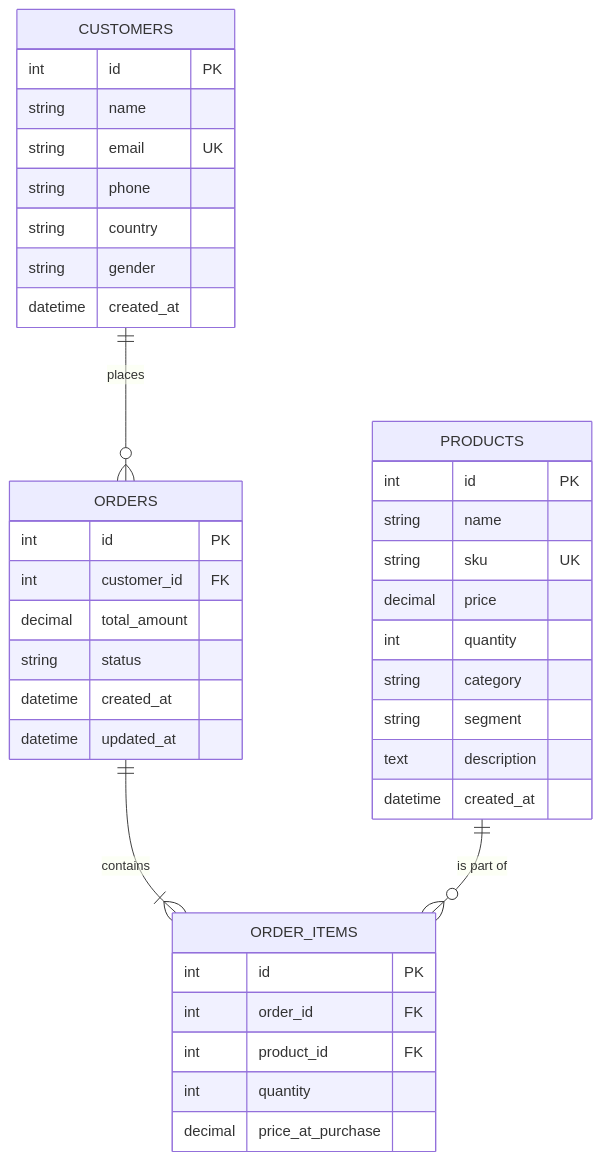
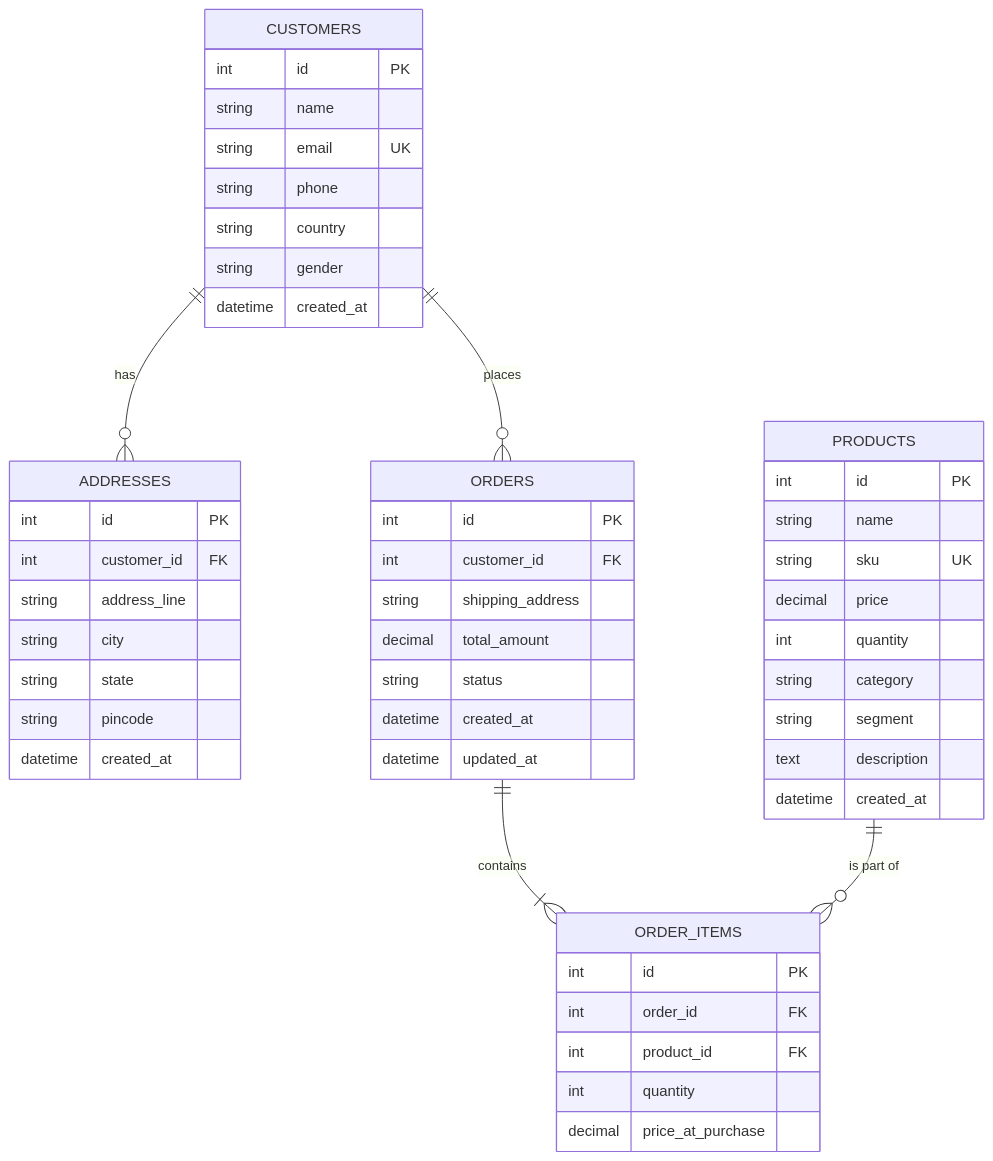
One commit to tonystalker/inventory_management changed the second of 2 diagrams in README.md. Above: the diagram before and after it, drawn with Mermaid. The commit also changed other lines of this file and 18 other files, not shown here.

Commit message:
feat: addresses and checkout flow, docs update, clean comments

````diff
--- a/README.md
+++ b/README.md
@@ -47,45 +47,57 @@
 ```mermaid
 erDiagram
     CUSTOMERS {
         int id PK
         string name
         string email UK
         string phone
         string country
         string gender
+        datetime created_at
+    }
+
+    ADDRESSES {
+        int id PK
+        int customer_id FK
+        string address_line
+        string city
+        string state
+        string pincode
         datetime created_at
     }
 
     PRODUCTS {
         int id PK
         string name
         string sku UK
         decimal price
         int quantity
         string category
         string segment
         text description
         datetime created_at
     }
 
     ORDERS {
         int id PK
         int customer_id FK
+        string shipping_address
         decimal total_amount
         string status
         datetime created_at
         datetime updated_at
     }
 
     ORDER_ITEMS {
         int id PK
         int order_id FK
         int product_id FK
         int quantity
         decimal price_at_purchase
     }
 
+    CUSTOMERS ||--o{ ADDRESSES : "has"
     CUSTOMERS ||--o{ ORDERS : "places"
     ORDERS ||--|{ ORDER_ITEMS : "contains"
     PRODUCTS ||--o{ ORDER_ITEMS : "is part of"
 ```
````
